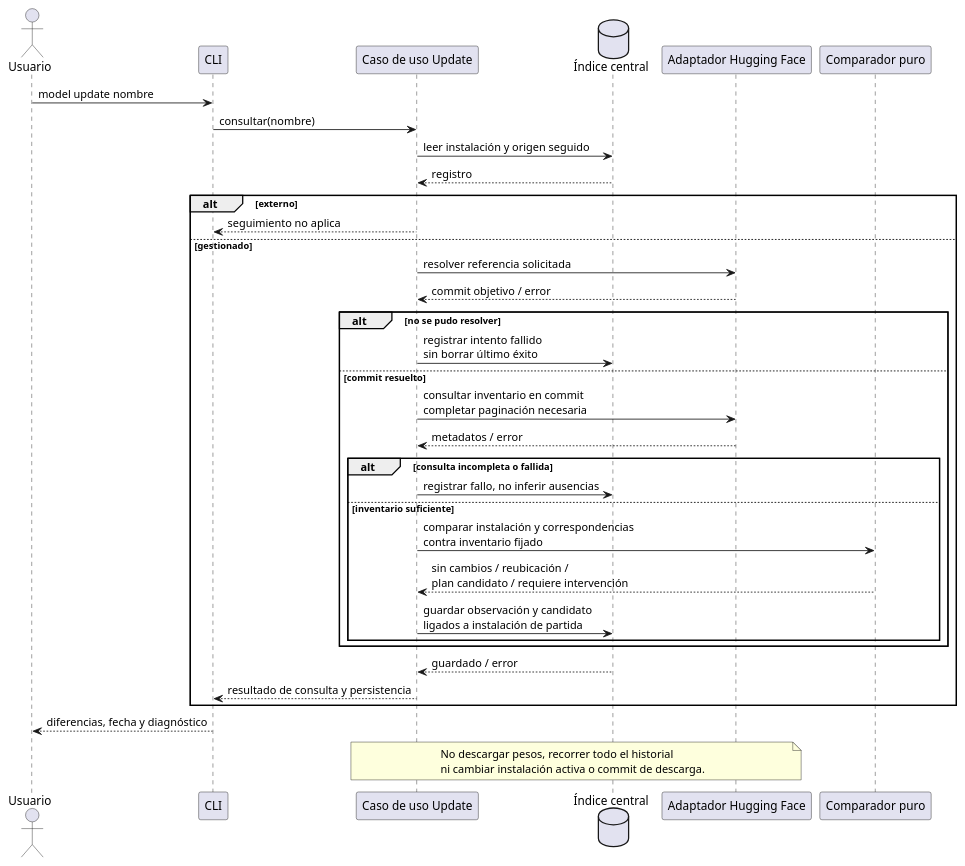
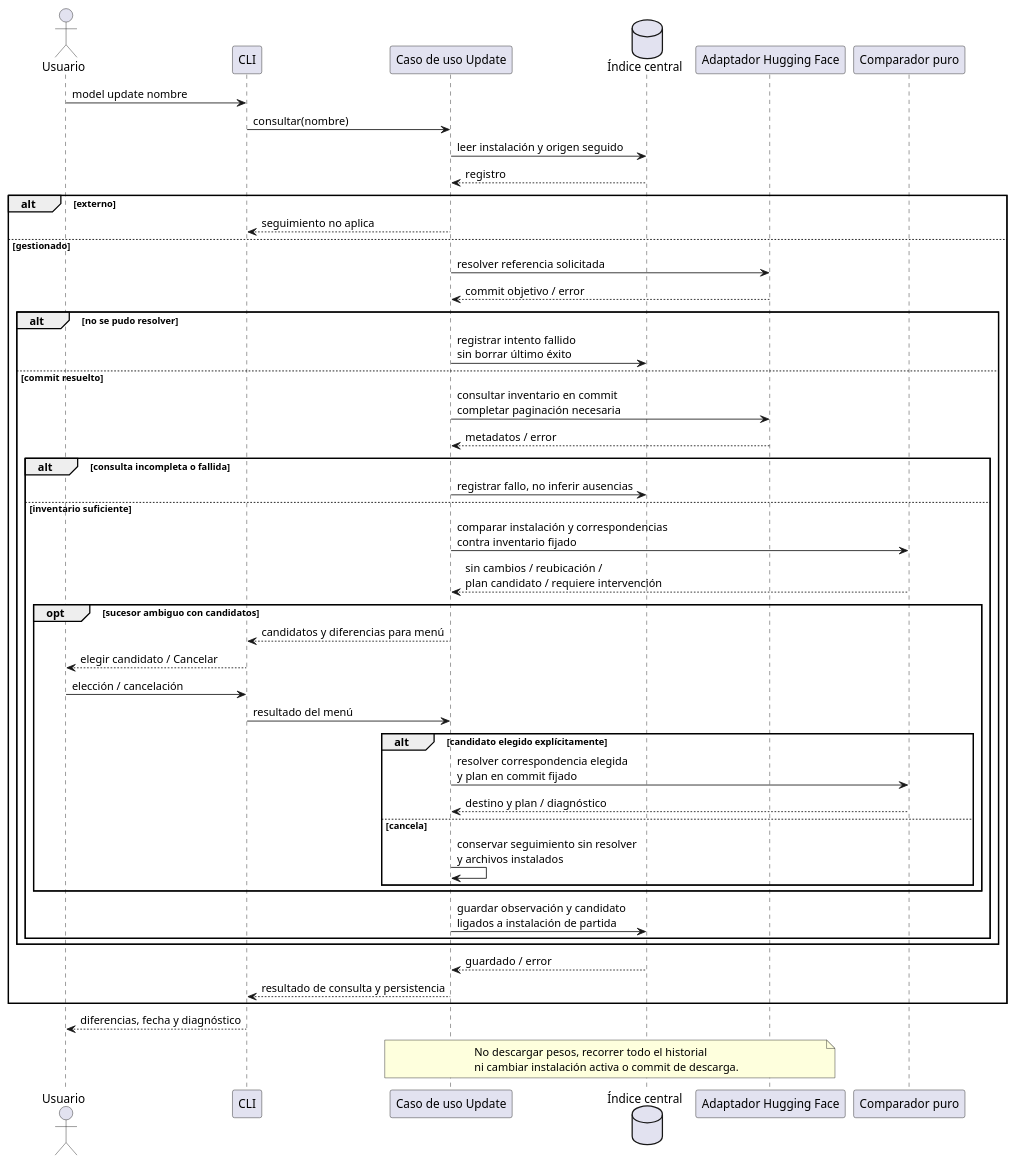
The third of 7 diagrams in docs/secuencias.md (mstranich/coquena), drawn with PlantUML before and after one commit. The commit also changed other lines of this file and 11 other files, not shown here.

````diff
--- a/docs/secuencias.md
+++ b/docs/secuencias.md
@@ -185,40 +214,52 @@
 ```plantuml
 @startuml
 actor Usuario as U
 participant CLI
 participant "Caso de uso Update" as UP
 database "Índice central" as I
 participant "Adaptador Hugging Face" as HF
 participant "Comparador puro" as CMP
 U -> CLI : model update nombre
 CLI -> UP : consultar(nombre)
 UP -> I : leer instalación y origen seguido
 I --> UP : registro
 alt externo
   UP --> CLI : seguimiento no aplica
 else gestionado
   UP -> HF : resolver referencia solicitada
   HF --> UP : commit objetivo / error
   alt no se pudo resolver
     UP -> I : registrar intento fallido\nsin borrar último éxito
   else commit resuelto
     UP -> HF : consultar inventario en commit\ncompletar paginación necesaria
     HF --> UP : metadatos / error
     alt consulta incompleta o fallida
       UP -> I : registrar fallo, no inferir ausencias
     else inventario suficiente
       UP -> CMP : comparar instalación y correspondencias\ncontra inventario fijado
       CMP --> UP : sin cambios / reubicación /\nplan candidato / requiere intervención
+      opt sucesor ambiguo con candidatos
+        UP --> CLI : candidatos y diferencias para menú
+        CLI --> U : elegir candidato / Cancelar
+        U -> CLI : elección / cancelación
+        CLI -> UP : resultado del menú
+        alt candidato elegido explícitamente
+          UP -> CMP : resolver correspondencia elegida\ny plan en commit fijado
+          CMP --> UP : destino y plan / diagnóstico
+        else cancela
+          UP -> UP : conservar seguimiento sin resolver\ny archivos instalados
+        end
+      end
       UP -> I : guardar observación y candidato\nligados a instalación de partida
     end
   end
   I --> UP : guardado / error
   UP --> CLI : resultado de consulta y persistencia
 end
 CLI --> U : diferencias, fecha y diagnóstico
 note over UP,HF
   No descargar pesos, recorrer todo el historial
   ni cambiar instalación activa o commit de descarga.
 end note
 @enduml
 ```
````
